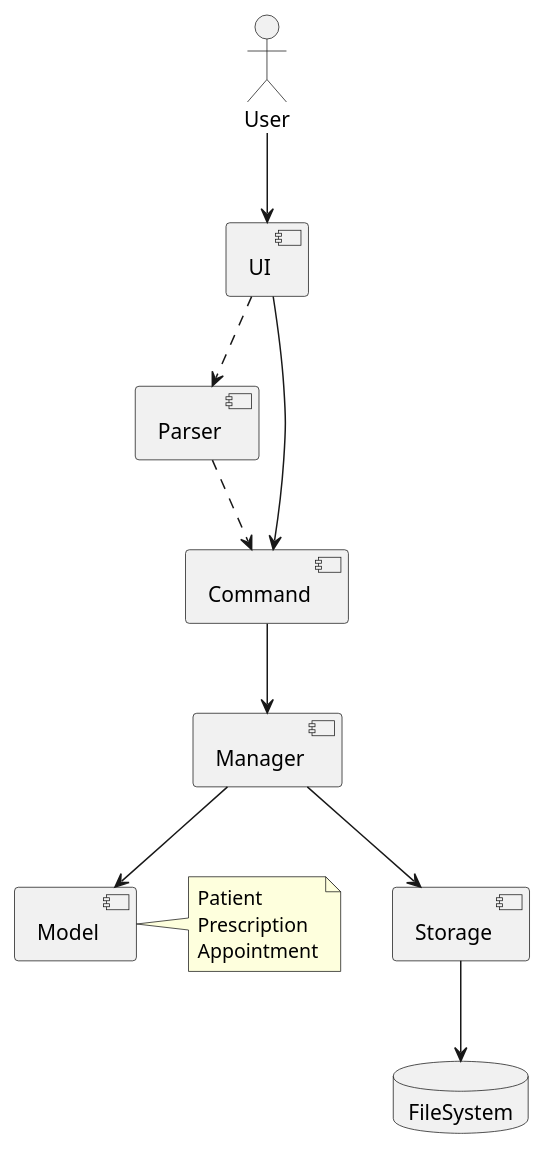
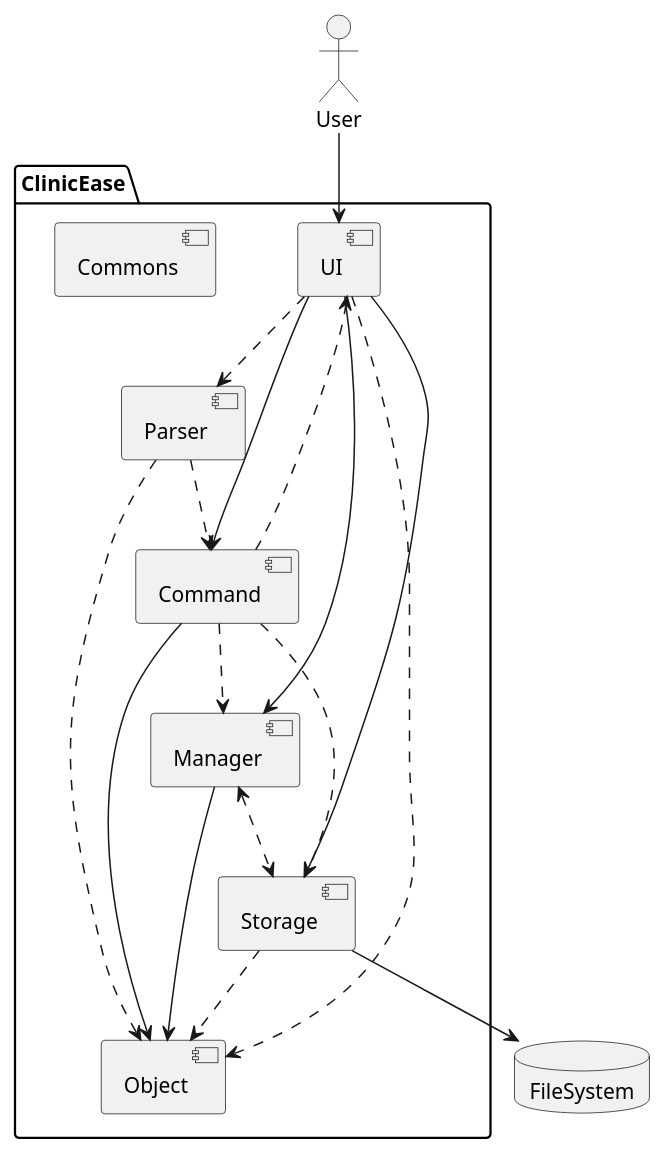
One commit to chwenyee/tp changed the diagram in docs/diagrams/ArchitectureDiagram.puml. Above: the diagram before and after it, drawn with PlantUML. The commit also changed 3 other files, not shown here.

Commit message:
Updated Architeture Diagram and added Storage component

```diff
--- a/docs/diagrams/ArchitectureDiagram.puml
+++ b/docs/diagrams/ArchitectureDiagram.puml
@@ -1,28 +1,32 @@
 @startuml
 actor User
 
+package "ClinicEase"{
 component UI
 component Parser
 component Command
 component Manager
-component Model
+component Object
 component Storage
+component Commons
+}
 database FileSystem
 
-' Model contains patient, prescription, and appointment
-note right of Model
-  Patient
-  Prescription
-  Appointment
-end note
-
 User --> UI
+UI ..> Object
 UI ..> Parser
+UI --> Manager
+UI --> Storage
 Parser ..> Command
-Command --> Manager
-Manager --> Model
-Manager --> Storage
+Parser ..> Object
+Command --> Object
+Command ..> UI
+Command ..> Manager
+Command ..> Storage
+Manager --> Object
+Manager <..> Storage
+Storage ..> Object
 UI --> Command
 Storage --> FileSystem
 
-@enduml 
+@enduml
```
